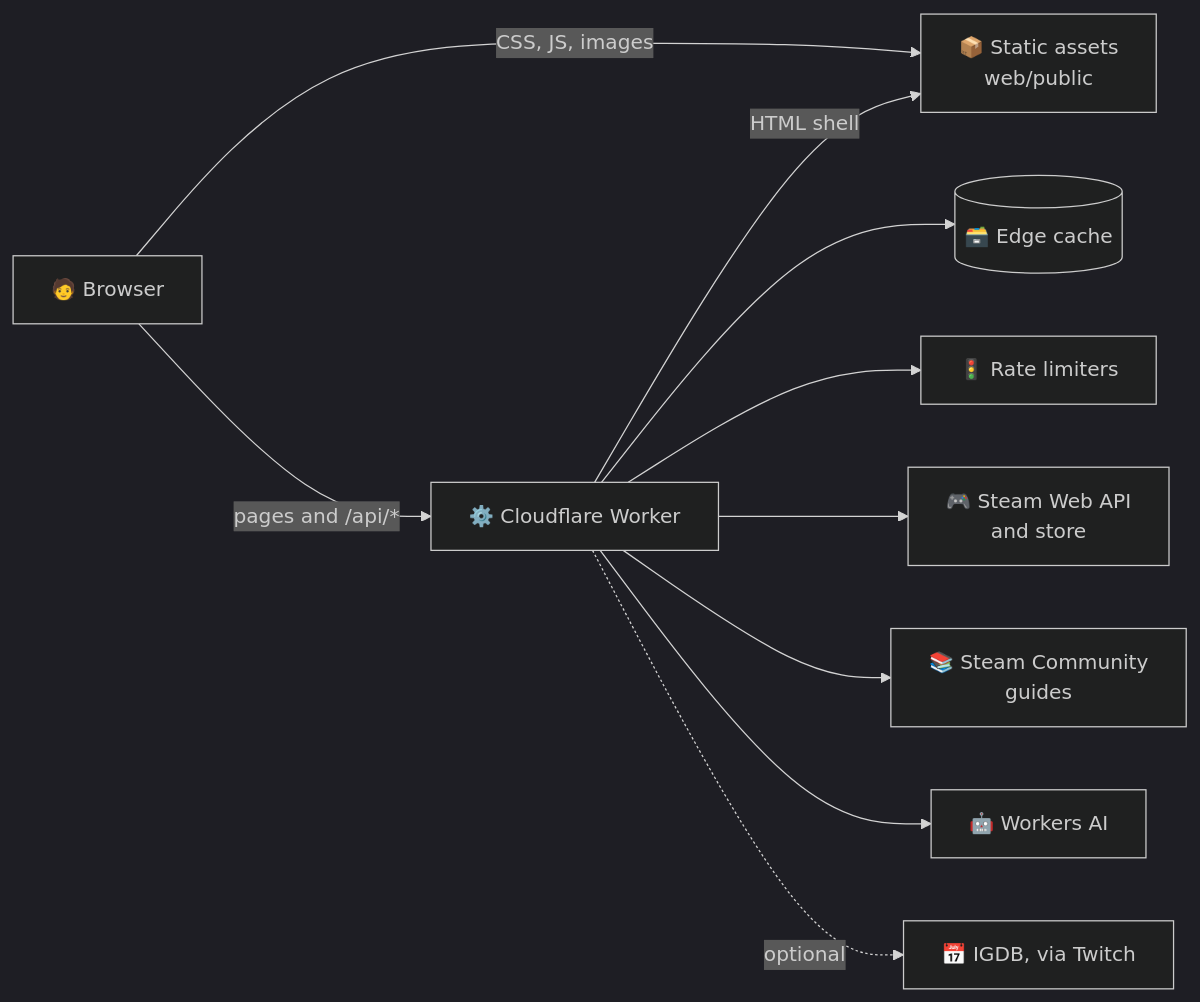
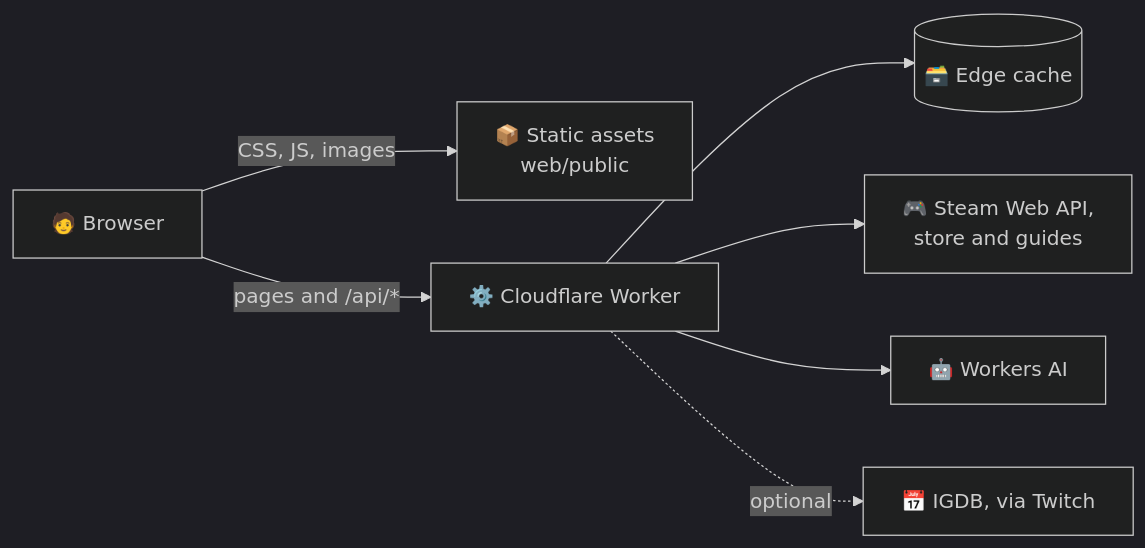
The first of 2 diagrams in README.md (Isma-L154/histlow-tracker), drawn with Mermaid (dark theme) before and after one commit. The commit also changed other lines of this file and 3 other files, not shown here.

````diff
--- a/README.md
+++ b/README.md
@@ -68,12 +44,9 @@
 ```mermaid
 flowchart LR
     U["🧑 Browser"] -->|"CSS, JS, images"| A["📦 Static assets<br/>web/public"]
     U -->|"pages and /api/*"| W["⚙️ Cloudflare Worker"]
-    W -->|"HTML shell"| A
     W --> C[("🗃️ Edge cache")]
-    W --> R["🚦 Rate limiters"]
-    W --> S["🎮 Steam Web API<br/>and store"]
-    W --> G["📚 Steam Community<br/>guides"]
+    W --> S["🎮 Steam Web API,<br/>store and guides"]
     W --> AI["🤖 Workers AI"]
     W -.->|"optional"| I["📅 IGDB, via Twitch"]
 ```
````
